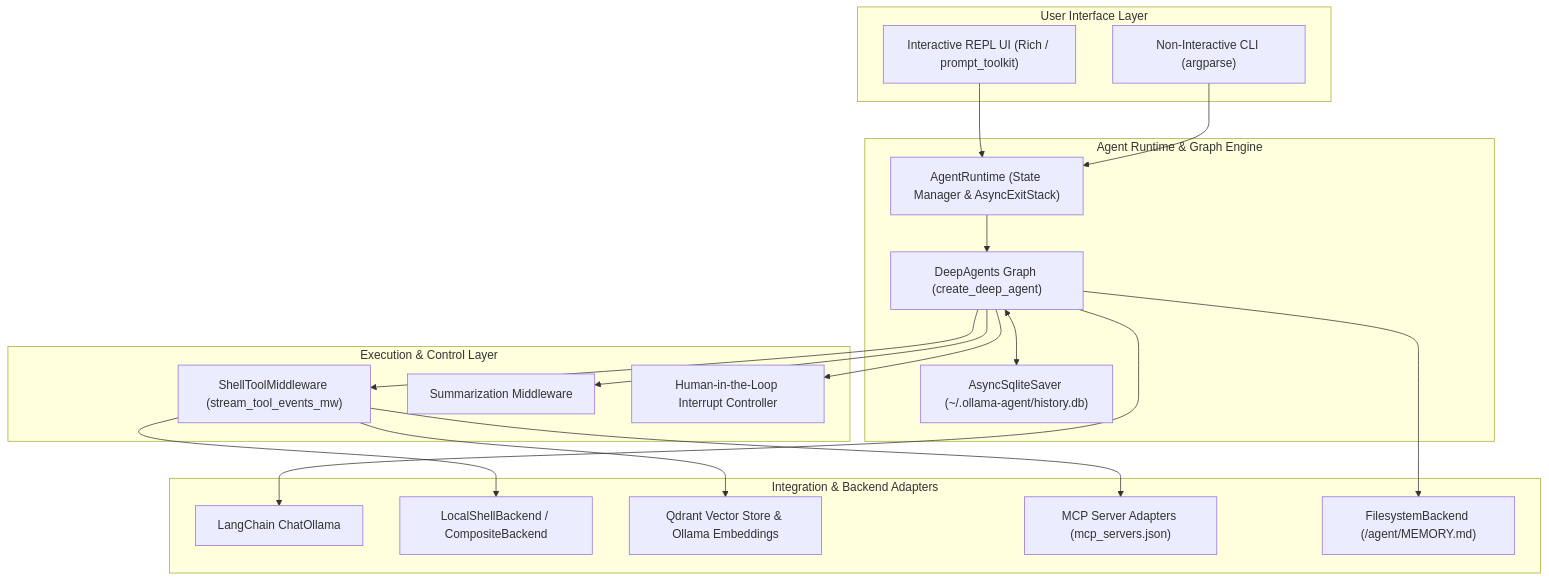
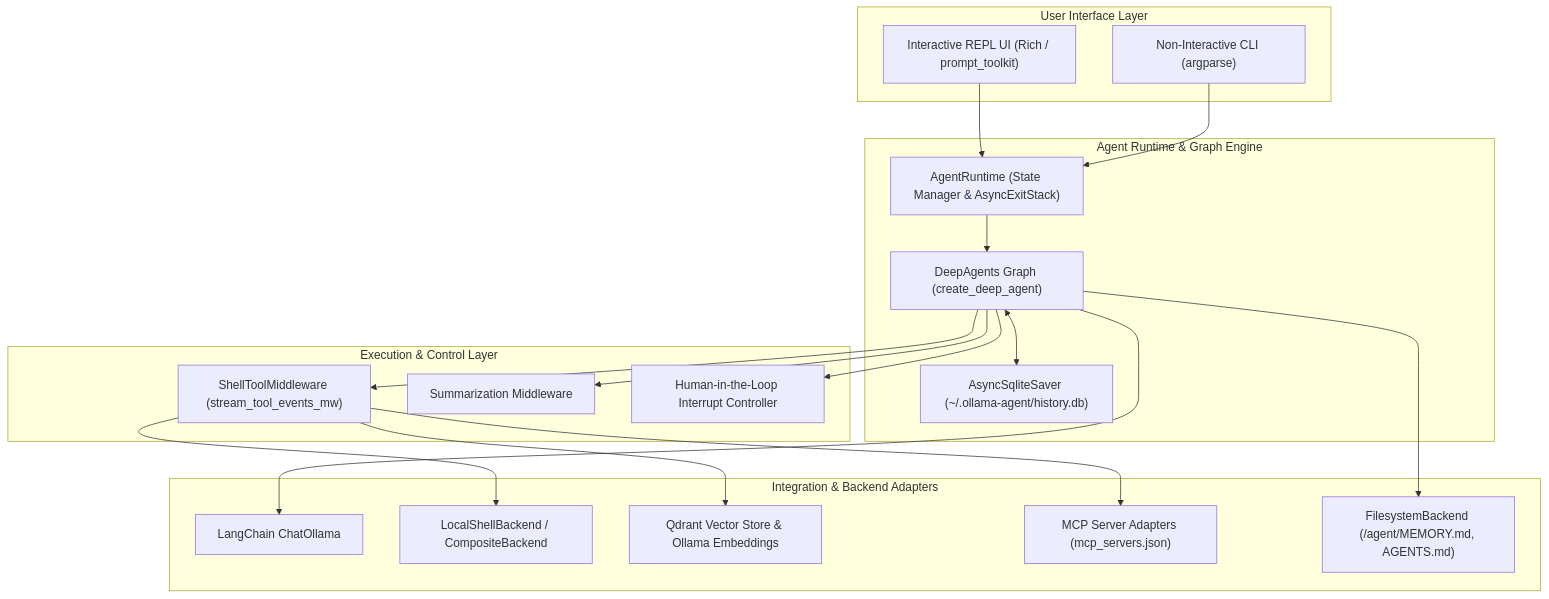
The first of 6 diagrams in docs/architecture.md (arrase/ollama-agent), drawn with Mermaid before and after one commit. The commit also changed other lines of this file and 11 other files, not shown here.

````diff
--- a/docs/architecture.md
+++ b/docs/architecture.md
@@ -11,40 +11,40 @@
 ```mermaid
 flowchart TD
     subgraph UI ["User Interface Layer"]
         REPL["Interactive REPL UI (Rich / prompt_toolkit)"]
         CLI["Non-Interactive CLI (argparse)"]
     end
 
     subgraph Core ["Agent Runtime & Graph Engine"]
         Runtime["AgentRuntime (State Manager & AsyncExitStack)"]
         Graph["DeepAgents Graph (create_deep_agent)"]
         Checkpointer["AsyncSqliteSaver (~/.ollama-agent/history.db)"]
     end
 
     subgraph Middleware ["Execution & Control Layer"]
         ToolMW["ShellToolMiddleware (stream_tool_events_mw)"]
         SummarizerMW["Summarization Middleware"]
         HITL["Human-in-the-Loop Interrupt Controller"]
     end
 
     subgraph Adapters ["Integration & Backend Adapters"]
         OllamaLLM["LangChain ChatOllama"]
         ShellBackend["LocalShellBackend / CompositeBackend"]
         RAGEngine["Qdrant Vector Store & Ollama Embeddings"]
         MCPAdapter["MCP Server Adapters (mcp_servers.json)"]
-        MemoryStore["FilesystemBackend (/agent/MEMORY.md)"]
+        MemoryStore["FilesystemBackend (/agent/MEMORY.md, AGENTS.md)"]
     end
 
     REPL --> Runtime
     CLI --> Runtime
     Runtime --> Graph
     Graph <--> Checkpointer
     Graph --> ToolMW
     Graph --> SummarizerMW
     Graph --> HITL
     ToolMW --> ShellBackend
     ToolMW --> MCPAdapter
     ToolMW --> RAGEngine
     Graph --> OllamaLLM
     Graph --> MemoryStore
 ```
````
